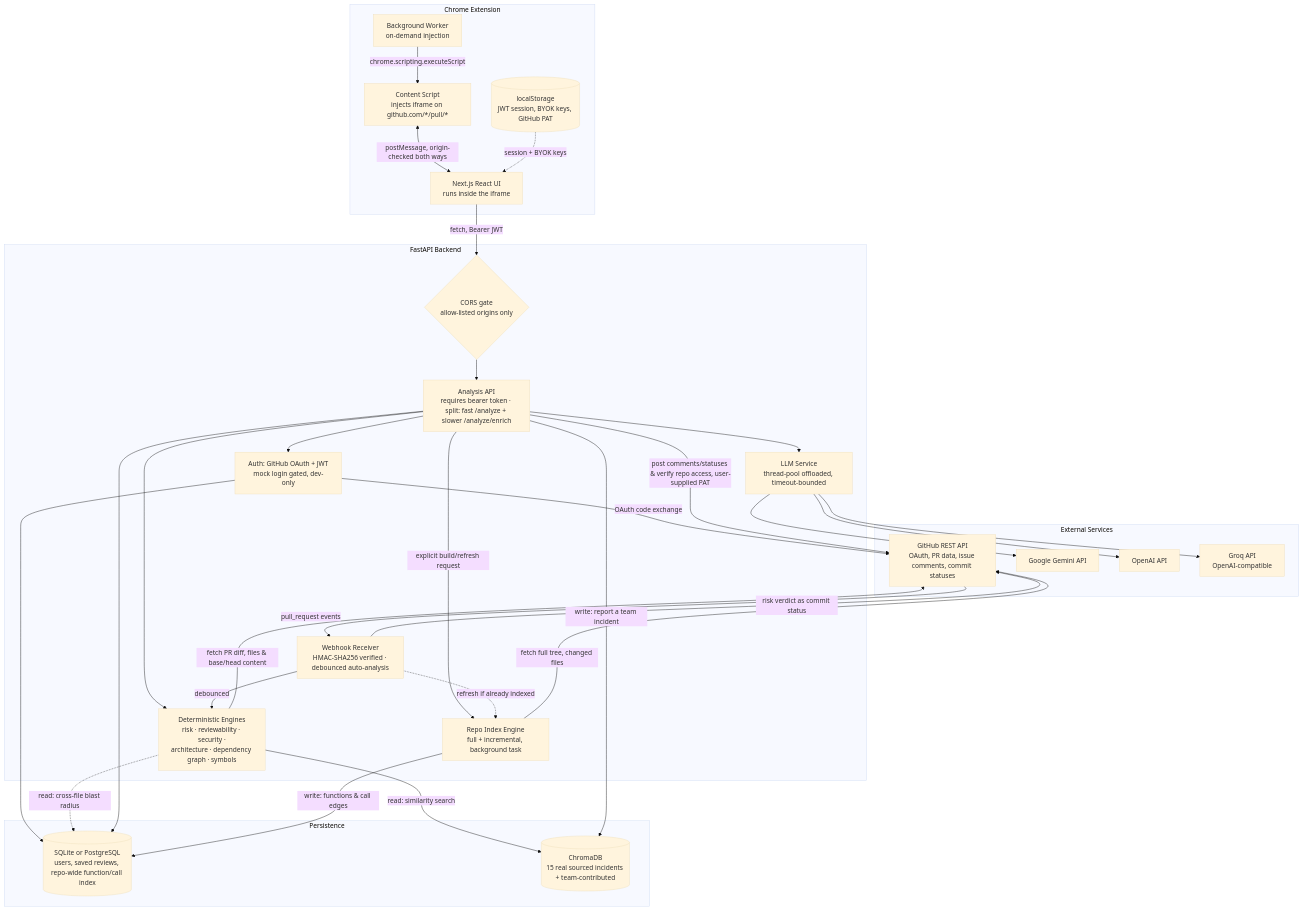
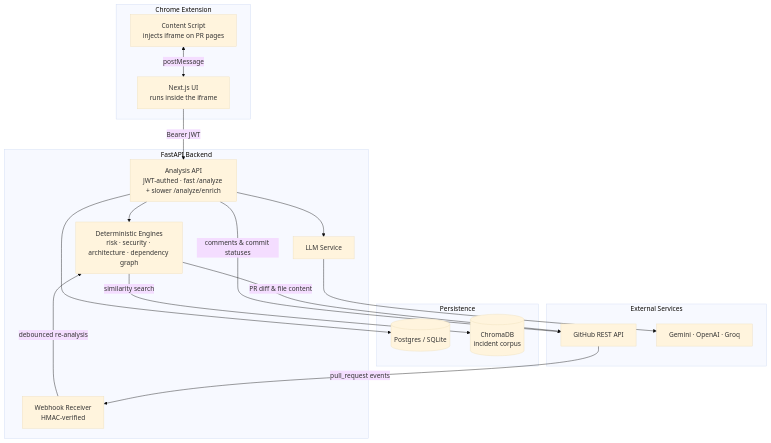
One commit to kankaniakshat185/prscope-pr-review-intelligence changed the diagram in README.md. Above: the diagram before and after it, drawn with Mermaid (base theme). The commit also changed 1 other file, not shown here.

Commit message:
update architecture diagram

````diff
--- a/README.md
+++ b/README.md
@@ -29,59 +29,36 @@
 ```mermaid
 graph TD
     subgraph Client [Chrome Extension]
-        CS[Content Script<br/>injects iframe on github.com/*/pull/*]
-        BS[Background Worker<br/>on-demand injection]
-        UI[Next.js React UI<br/>runs inside the iframe]
-        Storage[(localStorage<br/>JWT session, BYOK keys, GitHub PAT)]
+        CS[Content Script<br/>injects iframe on PR pages]
+        UI[Next.js UI<br/>runs inside the iframe]
     end
 
     subgraph Backend [FastAPI Backend]
-        CORS{CORS gate<br/>allow-listed origins only}
-        Auth[Auth: GitHub OAuth + JWT<br/>mock login gated, dev-only]
-        API[Analysis API<br/>requires bearer token · split: fast /analyze + slower /analyze/enrich]
-        Engines[Deterministic Engines<br/>risk · reviewability · security ·<br/>architecture · dependency graph · symbols]
-        Indexer[Repo Index Engine<br/>full + incremental, background task]
-        LLMSvc[LLM Service<br/>thread-pool offloaded, timeout-bounded]
-        Webhook[Webhook Receiver<br/>HMAC-SHA256 verified · debounced auto-analysis]
+        API[Analysis API<br/>JWT-authed · fast /analyze + slower /analyze/enrich]
+        Engines[Deterministic Engines<br/>risk · security · architecture · dependency graph]
+        LLMSvc[LLM Service]
+        Webhook[Webhook Receiver<br/>HMAC-verified]
     end
 
     subgraph Data [Persistence]
-        DB[(SQLite or PostgreSQL<br/>users, saved reviews, repo-wide function/call index)]
-        Chroma[(ChromaDB<br/>15 real sourced incidents + team-contributed)]
+        DB[(Postgres / SQLite)]
+        Chroma[(ChromaDB<br/>incident corpus)]
     end
 
     subgraph External [External Services]
-        GH[GitHub REST API<br/>OAuth, PR data, issue comments, commit statuses]
-        Gemini[Google Gemini API]
-        OpenAI[OpenAI API]
-        Groq[Groq API<br/>OpenAI-compatible]
+        GH[GitHub REST API]
+        LLM[Gemini · OpenAI · Groq]
     end
 
-    BS -->|chrome.scripting.executeScript| CS
-    CS <-->|postMessage, origin-checked both ways| UI
-    UI -->|fetch, Bearer JWT| CORS --> API
-    Storage -.->|session + BYOK keys| UI
-
-    API --> Auth
-    Auth -->|OAuth code exchange| GH
-    Auth --> DB
+    CS <-->|postMessage| UI
+    UI -->|Bearer JWT| API
     API --> Engines
-    Engines -->|fetch PR diff, files & base/head content| GH
-    Engines -.->|read: cross-file blast radius| DB
-    API -->|post comments/statuses & verify repo access, user-supplied PAT| GH
-    Engines -->|read: similarity search| Chroma
-    API -->|write: report a team incident| Chroma
     API --> LLMSvc
-    LLMSvc --> Gemini
-    LLMSvc --> OpenAI
-    LLMSvc --> Groq
     API --> DB
-    API -->|explicit build/refresh request| Indexer
-    Indexer -->|fetch full tree, changed files| GH
-    Indexer -->|write: functions & call edges| DB
-
+    Engines -->|PR diff & file content| GH
+    Engines -->|similarity search| Chroma
+    LLMSvc --> LLM
+    API -->|comments & commit statuses| GH
     GH -->|pull_request events| Webhook
-    Webhook -->|debounced| Engines
-    Webhook -.->|refresh if already indexed| Indexer
-    Webhook -->|risk verdict as commit status| GH
+    Webhook -->|debounced re-analysis| Engines
 ```
````
